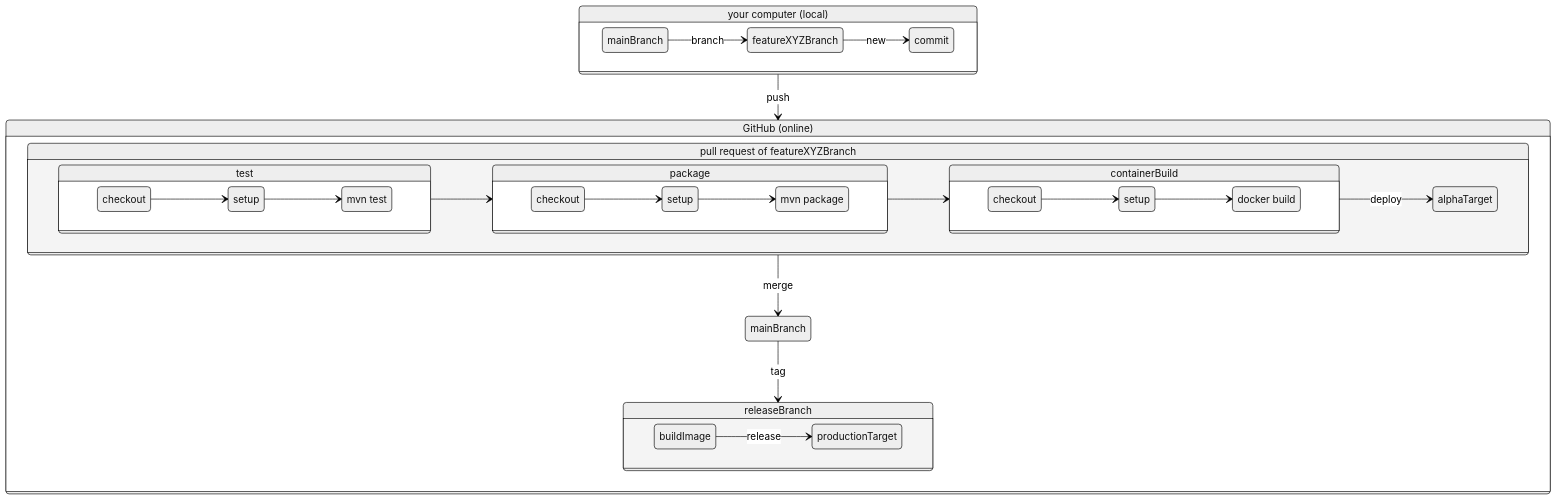
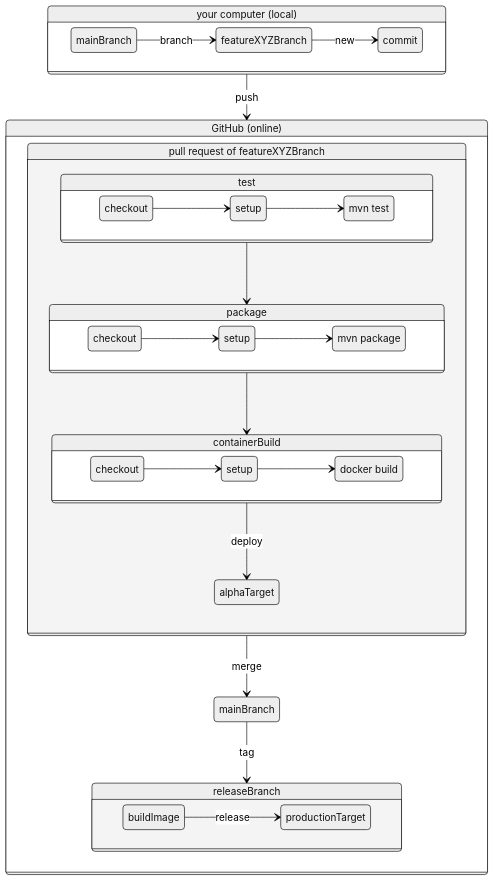
One commit to hsd-inflab/se3 changed the second of 2 diagrams in README.md. Above: the diagram before and after it, drawn with Mermaid (neutral theme). The commit also changed 1 other file, not shown here.

Commit message:
Make mermaid vertical (#3)
* Make mermaid vertical

* fix test :D

````diff
--- a/README.md
+++ b/README.md
@@ -48,65 +48,64 @@
 ```mermaid
 stateDiagram
   local: your computer (local)
   localMain: mainBranch
   localFeature: featureXYZBranch
   
   online: GitHub (online)
   pr: pull request of featureXYZBranch
   onlineMain: mainBranch
   onlineRelease: releaseBranch
   containerTest: test
   containerTestCheckout: checkout
   containerTestSetup: setup
   containerTestTest: mvn test
   containerPackage: package
   containerPackageCheckout: checkout
   containerPackageSetup: setup
   containerPackagePackage: mvn package
   containerBuildImage: docker build
   containerBuildImageCheckout: checkout
   containerBuildImageSetup: setup
 
   state local {
     direction LR
     localMain --> localFeature : branch
     localFeature --> commit : new
   }
   
   local--> online : push
   state online {
 
     state pr {
-      direction LR
       
       state containerTest {
         direction LR
         containerTestCheckout --> containerTestSetup
         containerTestSetup --> containerTestTest
       }
       containerTest --> containerPackage
       state containerPackage {
         direction LR
         containerPackageCheckout --> containerPackageSetup
         containerPackageSetup --> containerPackagePackage
       }
    
       state containerBuild {
         direction LR
         containerBuildImageCheckout --> containerBuildImageSetup
         containerBuildImageSetup --> containerBuildImage
       }
       containerPackage --> containerBuild
       containerBuild --> alphaTarget : deploy
     }    
     pr --> onlineMain : merge
 
     onlineMain --> onlineRelease : tag
 
     state onlineRelease {
       direction LR
       buildImage --> productionTarget : release
     }   
   }
   
 ```
````
